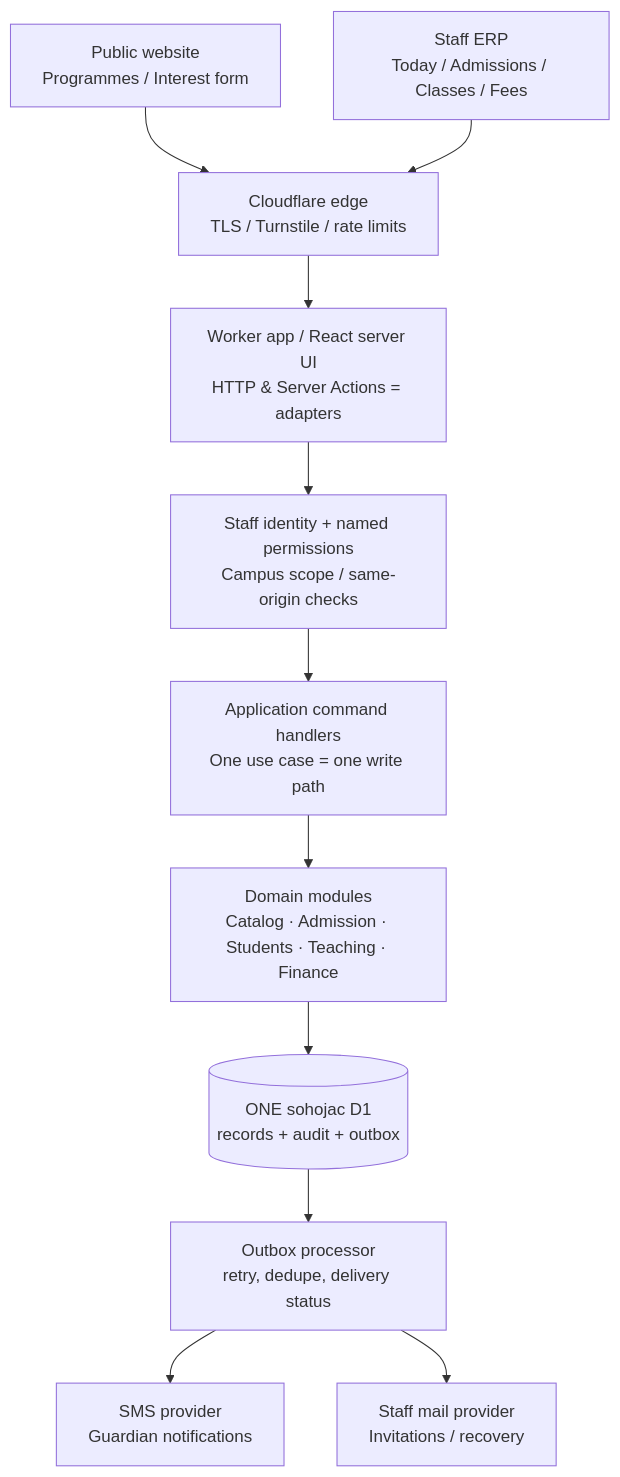
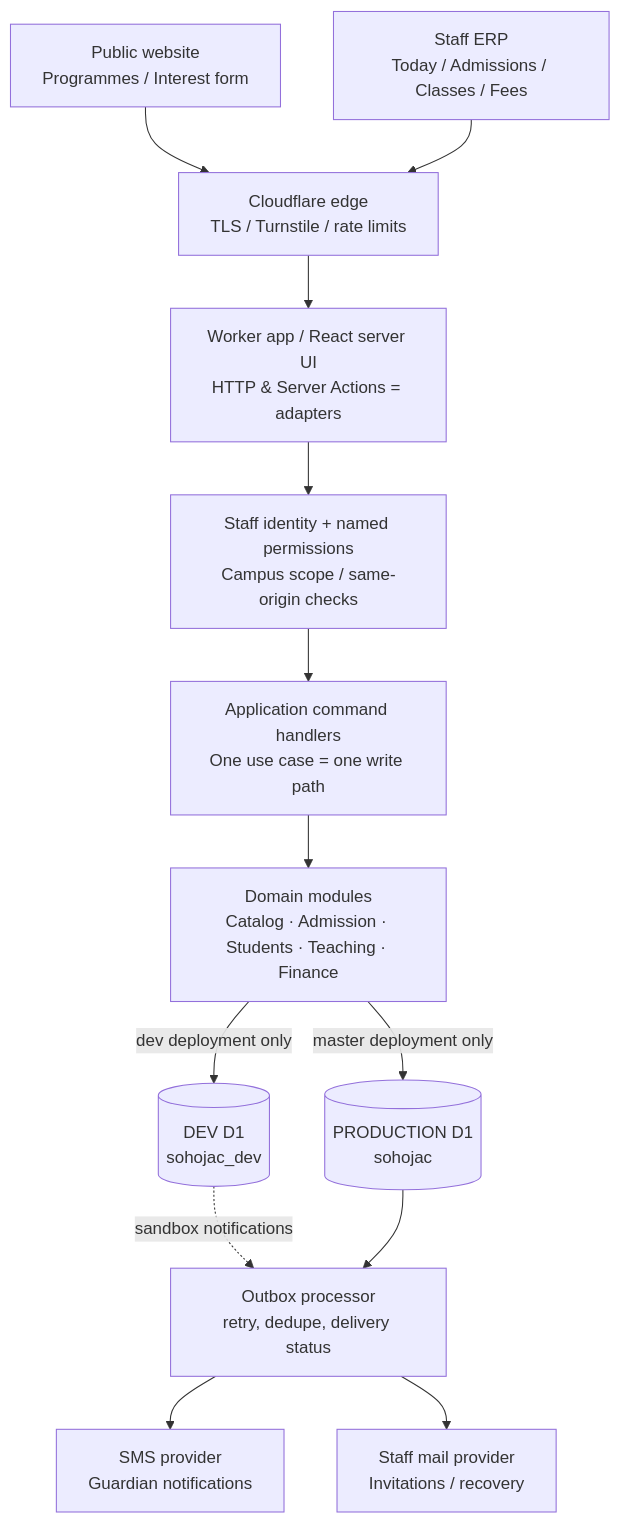
The diagram in docs/ERP_TARGET_ARCHITECTURE.md (AbdusSattar-70/sohojac), drawn with Mermaid before and after one commit. The commit also changed other lines of this file, not shown here.

Commit message:
docs: separate dev/prod D1 architecture with owner-gated promotion [skip ci]

````diff
--- a/docs/ERP_TARGET_ARCHITECTURE.md
+++ b/docs/ERP_TARGET_ARCHITECTURE.md
@@ -30,24 +30,27 @@
 ```mermaid
 flowchart TB
   PW["Public website<br/>Programmes / Interest form"]
   ERP["Staff ERP<br/>Today / Admissions / Classes / Fees"]
   EDGE["Cloudflare edge<br/>TLS / Turnstile / rate limits"]
   UI["Worker app / React server UI<br/>HTTP & Server Actions = adapters"]
   AUTH["Staff identity + named permissions<br/>Campus scope / same-origin checks"]
   CMD["Application command handlers<br/>One use case = one write path"]
   DOM["Domain modules<br/>Catalog · Admission · Students · Teaching · Finance"]
-  D1[("ONE sohojac D1<br/>records + audit + outbox")]
+  DEVDB[("DEV D1<br/>sohojac_dev")]
+  PRODDB[("PRODUCTION D1<br/>sohojac")]
   JOB["Outbox processor<br/>retry, dedupe, delivery status"]
   SMS["SMS provider<br/>Guardian notifications"]
   EMAIL["Staff mail provider<br/>Invitations / recovery"]
   PW --> EDGE
   ERP --> EDGE
   EDGE --> UI
   UI --> AUTH
   AUTH --> CMD
   CMD --> DOM
-  DOM --> D1
-  D1 --> JOB
+  DOM -- "dev deployment only" --> DEVDB
+  DOM -- "master deployment only" --> PRODDB
+  DEVDB -. "sandbox notifications" .-> JOB
+  PRODDB --> JOB
   JOB --> SMS
   JOB --> EMAIL
 ```
````
